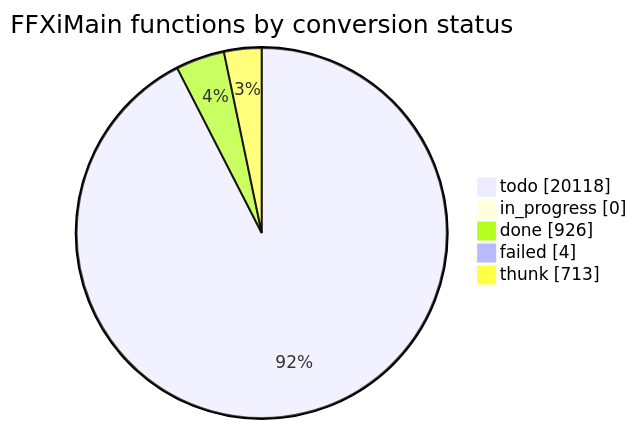
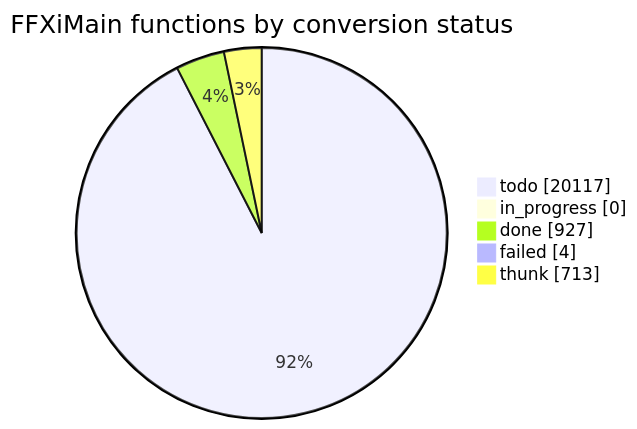
Before and after one commit to cowrevenge/cow_kuluu_xi_anything: the diagram in docs/cow/STATUS.md, drawn with Mermaid. The commit also changed other lines of this file and 9 other files, not shown here.

````diff
--- a/docs/cow/STATUS.md
+++ b/docs/cow/STATUS.md
@@ -18,9 +18,9 @@
 ```mermaid
 pie showData
     title FFXiMain functions by conversion status
-    "todo" : 20118
+    "todo" : 20117
     "in_progress" : 0
-    "done" : 926
+    "done" : 927
     "failed" : 4
     "thunk" : 713
 ```
````
